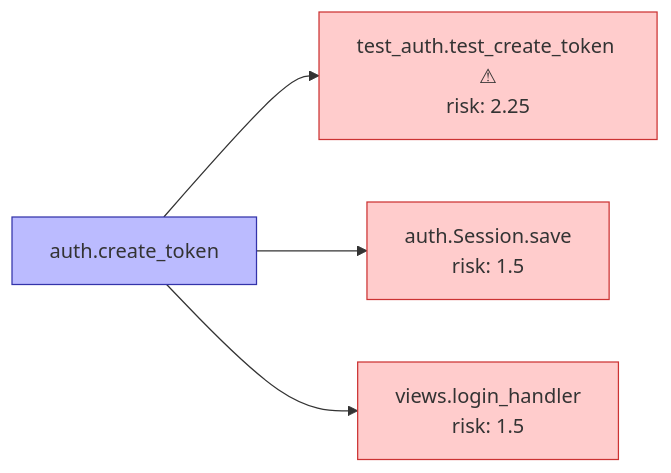
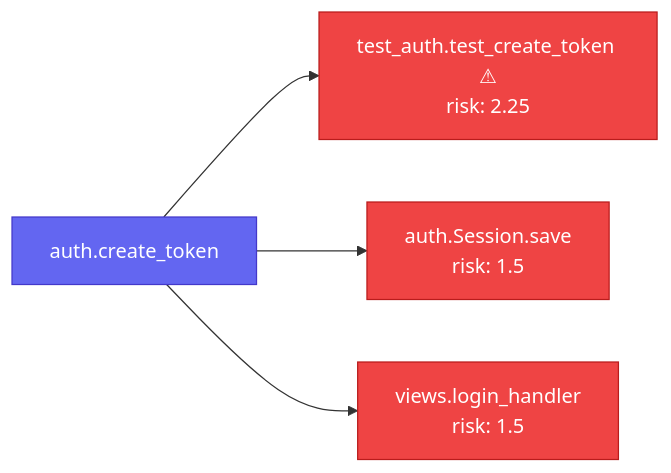
Before and after one commit to grewalsk/causal-graph-mcp: the second of 2 diagrams in README.md, drawn with Mermaid. The commit also changed other lines of this file and 1 other file, not shown here.

First line of the commit message:
style: improve mermaid color palette for readability

````diff
--- a/README.md
+++ b/README.md
@@ -241,15 +243,15 @@
 ```mermaid
 graph LR
     ROOT["auth.create_token"]:::changed
     R0["test_auth.test_create_token ⚠<br/>risk: 2.25"]:::high
     ROOT --> R0
     R1["auth.Session.save<br/>risk: 1.5"]:::high
     ROOT --> R1
     R2["views.login_handler<br/>risk: 1.5"]:::high
     ROOT --> R2
 
-    classDef changed fill:#bbf,stroke:#33a
-    classDef high fill:#fcc,stroke:#c33
-    classDef medium fill:#fed,stroke:#ca3
-    classDef low fill:#cfc,stroke:#3a3
+    classDef changed fill:#6366f1,stroke:#4338ca,color:#fff
+    classDef high fill:#ef4444,stroke:#b91c1c,color:#fff
+    classDef medium fill:#f59e0b,stroke:#d97706,color:#1e293b
+    classDef low fill:#22c55e,stroke:#15803d,color:#fff
 ```
````
